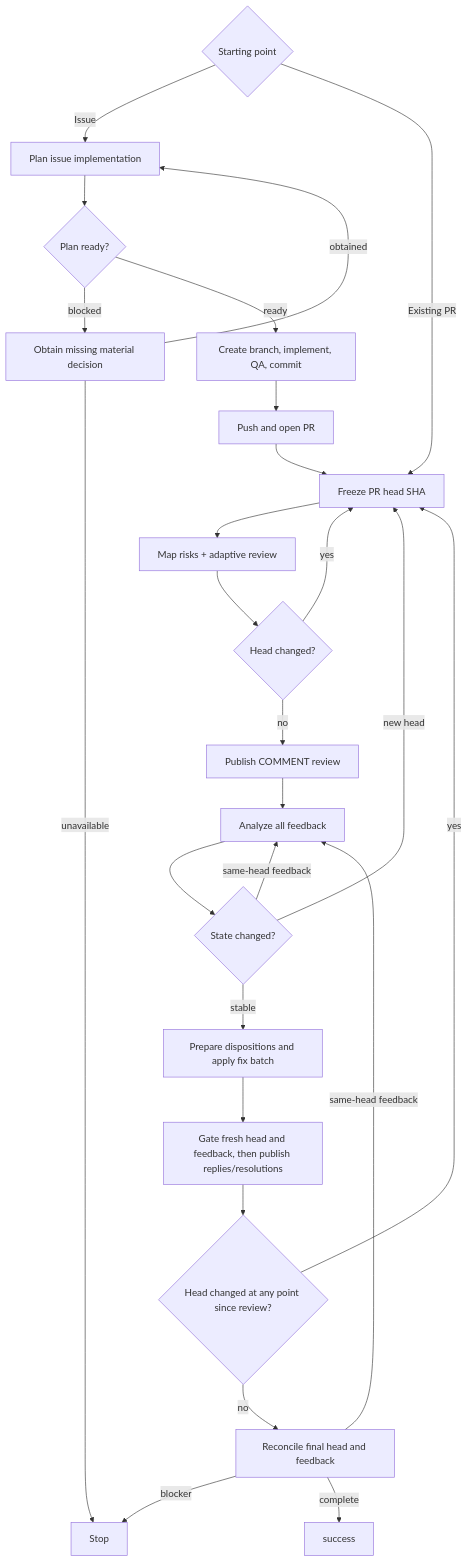
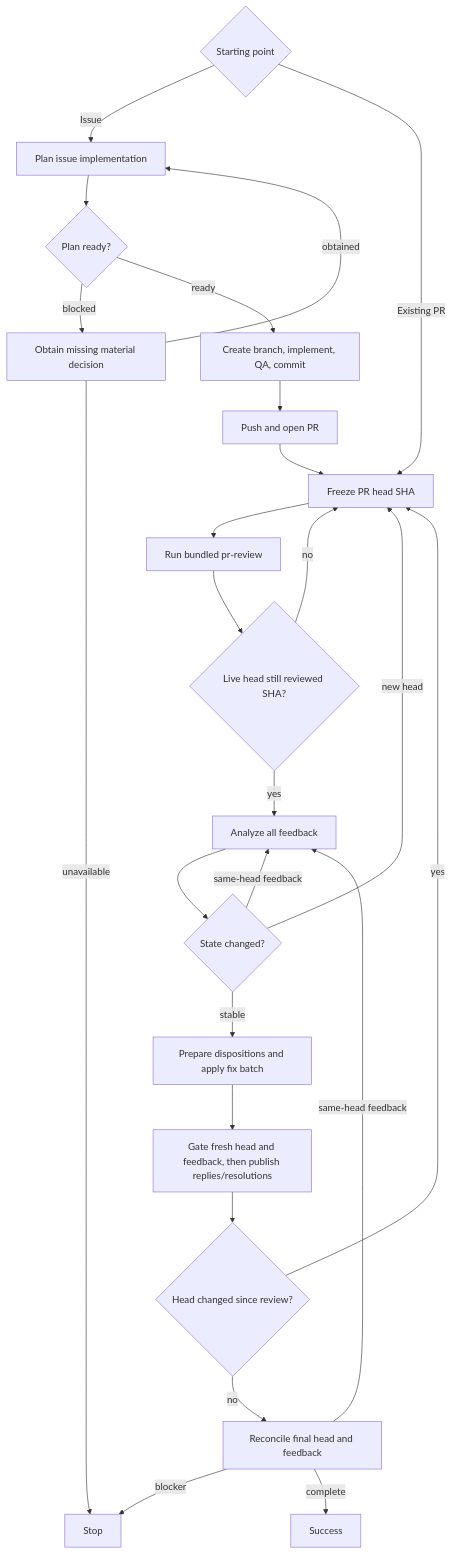
The diagram in skills/pr-loop/SKILL.md (dceoy/pr-loop), drawn with Mermaid before and after one commit. The commit also changed other lines of this file and 10 other files, not shown here.

First line of the commit message:
Compose pr-loop review with bundled pr-review (#8)

````diff
--- a/skills/pr-loop/SKILL.md
+++ b/skills/pr-loop/SKILL.md
@@ -176,28 +149,27 @@
 ```mermaid
 flowchart TD
   S{Starting point} -->|Issue| P[Plan issue implementation]
   S -->|Existing PR| A
   P --> Q{Plan ready?}
   Q -->|blocked| R[Obtain missing material decision]
   R -->|obtained| P
   R -->|unavailable| K[Stop]
   Q -->|ready| M[Create branch, implement, QA, commit]
   M --> N[Push and open PR]
   N --> A[Freeze PR head SHA]
-  A --> B[Map risks + adaptive review]
-  B --> C{Head changed?}
-  C -->|yes| A
-  C -->|no| D[Publish COMMENT review]
-  D --> E[Analyze all feedback]
-  E --> F{State changed?}
-  F -->|new head| A
-  F -->|same-head feedback| E
-  F -->|stable| G[Prepare dispositions and apply fix batch]
-  G --> H[Gate fresh head and feedback, then publish replies/resolutions]
-  H --> I{Head changed at any point since review?}
-  I -->|yes| A
-  I -->|no| J[Reconcile final head and feedback]
-  J -->|same-head feedback| E
-  J -->|blocker| K[Stop]
-  J -->|complete| L[success]
+  A --> B[Run bundled pr-review]
+  B --> C{Live head still reviewed SHA?}
+  C -->|no| A
+  C -->|yes| D[Analyze all feedback]
+  D --> E{State changed?}
+  E -->|new head| A
+  E -->|same-head feedback| D
+  E -->|stable| F[Prepare dispositions and apply fix batch]
+  F --> G[Gate fresh head and feedback, then publish replies/resolutions]
+  G --> H{Head changed since review?}
+  H -->|yes| A
+  H -->|no| I[Reconcile final head and feedback]
+  I -->|same-head feedback| D
+  I -->|blocker| K
+  I -->|complete| L[Success]
 ```
````
